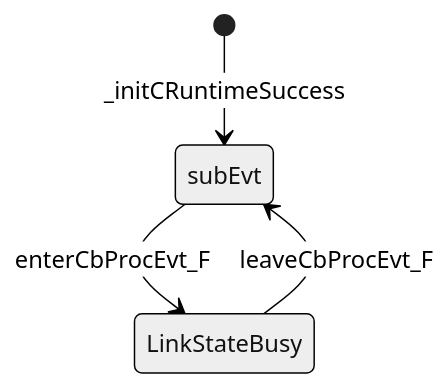
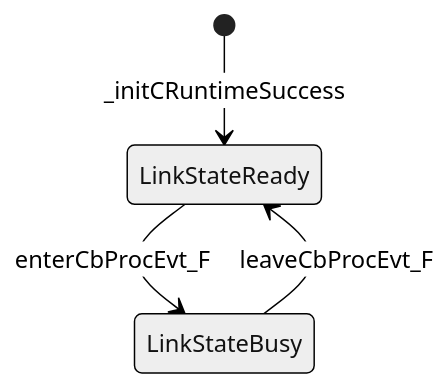
One commit to EnigmaWU/MyIOC_inTDD_withGHC changed the diagram in README.md. Above: the diagram before and after it, drawn with Mermaid (neutral theme).

Commit message:
Remove unnecessary line in state diagram

````diff
--- a/README.md
+++ b/README.md
@@ -78,7 +78,6 @@
 ```mermaid
 stateDiagram-v2
   [*] --> LinkStateReady: _initCRuntimeSuccess
-  LinkStateReady: subEvt
   LinkStateReady --> LinkStateBusy: enterCbProcEvt_F
   LinkStateBusy --> LinkStateReady: leaveCbProcEvt_F
 ```
````
